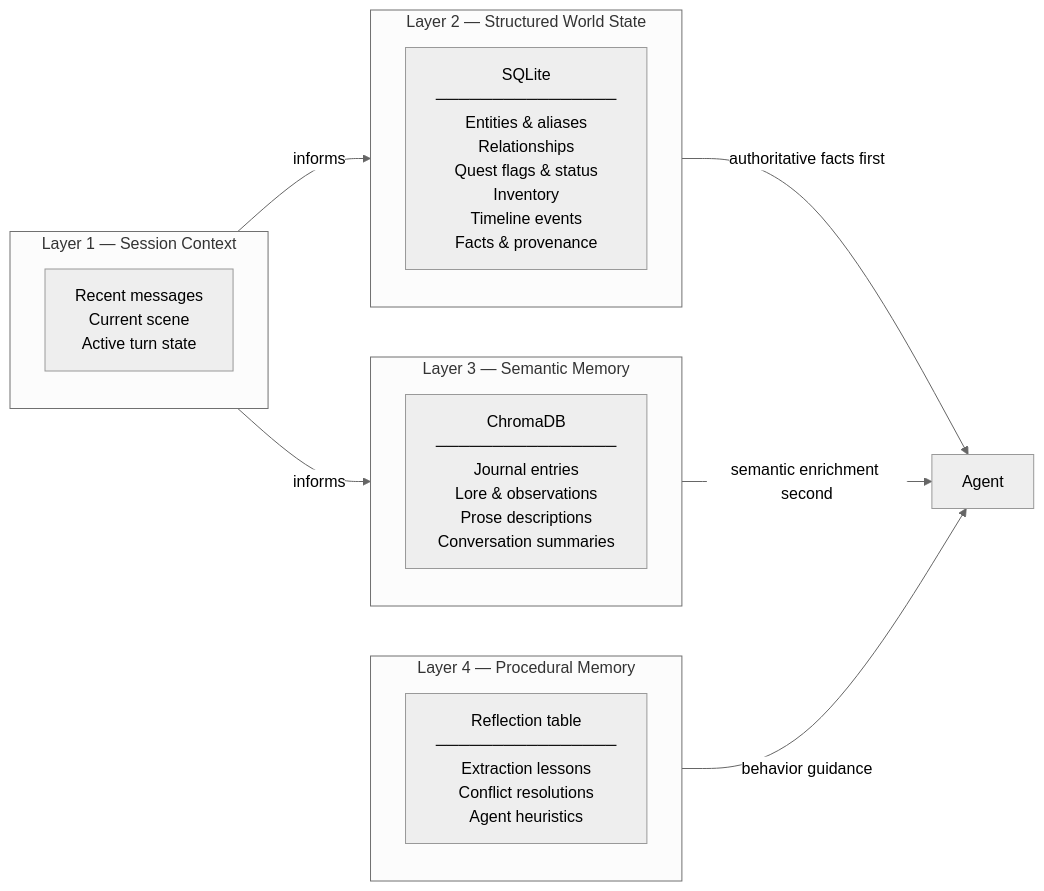
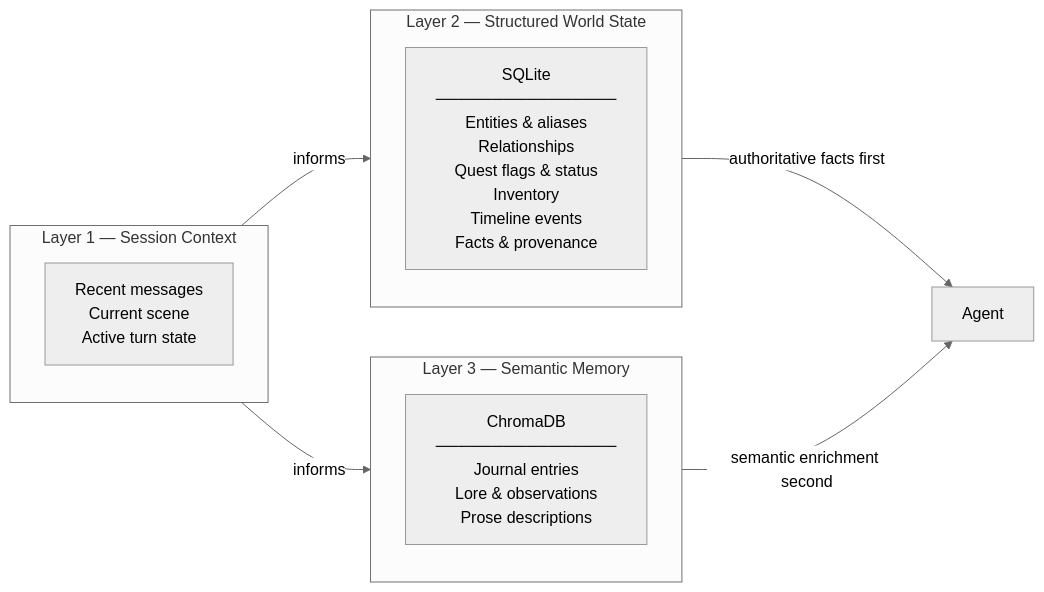
Before and after one commit to rpurser47/game_notebook: the second of 4 diagrams in docs/design.md, drawn with Mermaid (neutral theme). The commit also changed other lines of this file and 5 other files, not shown here.

````diff
--- a/docs/design.md
+++ b/docs/design.md
@@ -46,21 +69,30 @@
 ```mermaid
 flowchart LR
     subgraph L1["Layer 1 — Session Context"]
-        SC["Recent messages\nCurrent scene\nActive turn state"]
+        SC["Recent messages
+        Current scene
+        Active turn state"]
     end
     subgraph L2["Layer 2 — Structured World State"]
-        DB["SQLite\n────────────────\nEntities & aliases\nRelationships\nQuest flags & status\nInventory\nTimeline events\nFacts & provenance"]
+        DB["SQLite
+        ────────────────
+        Entities & aliases
+        Relationships
+        Quest flags & status
+        Inventory
+        Timeline events
+        Facts & provenance"]
     end
     subgraph L3["Layer 3 — Semantic Memory"]
-        VI["ChromaDB\n────────────────\nJournal entries\nLore & observations\nProse descriptions\nConversation summaries"]
-    end
-    subgraph L4["Layer 4 — Procedural Memory"]
-        PM["Reflection table\n────────────────\nExtraction lessons\nConflict resolutions\nAgent heuristics"]
+        VI["ChromaDB
+        ────────────────
+        Journal entries
+        Lore & observations
+        Prose descriptions"]
     end
 
     L1 -->|"informs"| L2
     L1 -->|"informs"| L3
     L2 -->|"authoritative facts first"| Agent
     L3 -->|"semantic enrichment second"| Agent
-    L4 -->|"behavior guidance"| Agent
 ```
````
